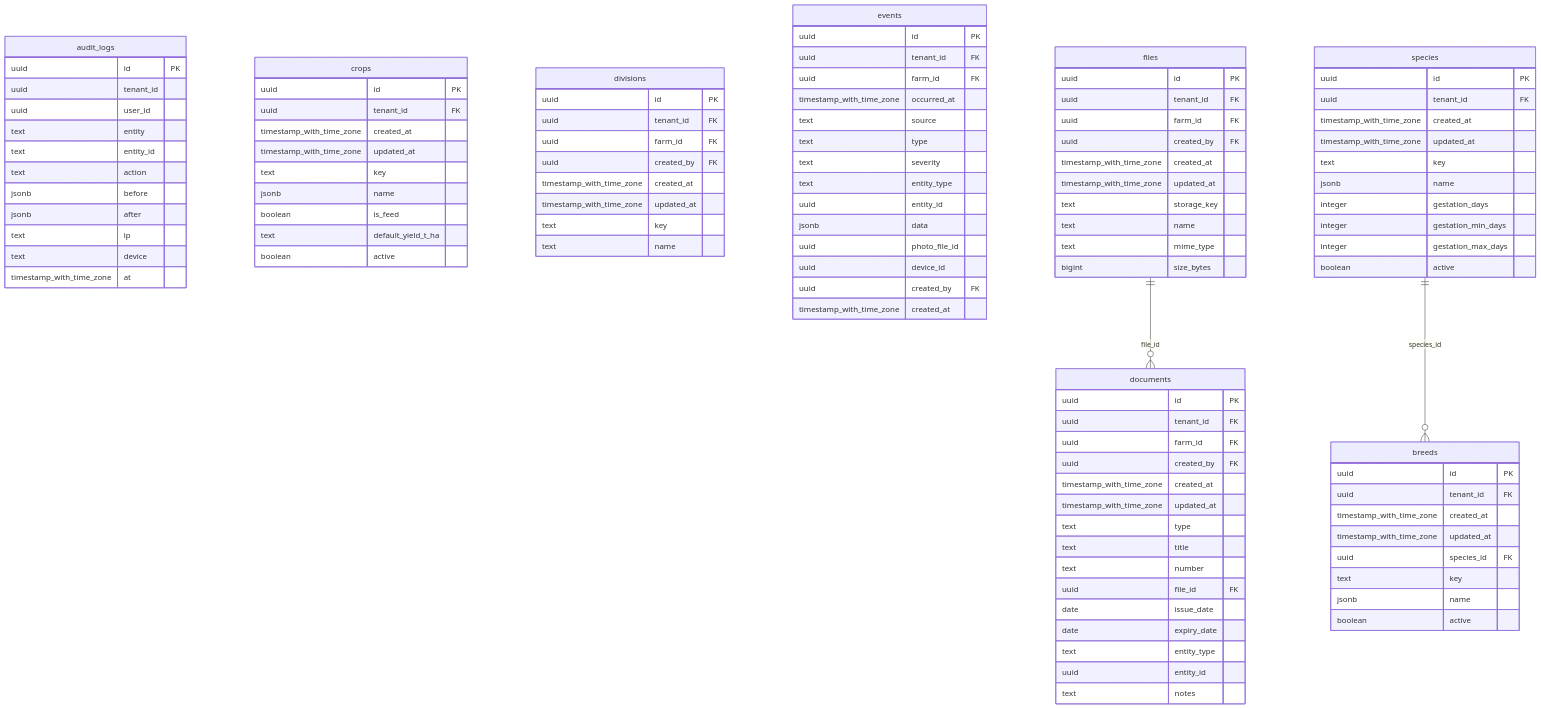
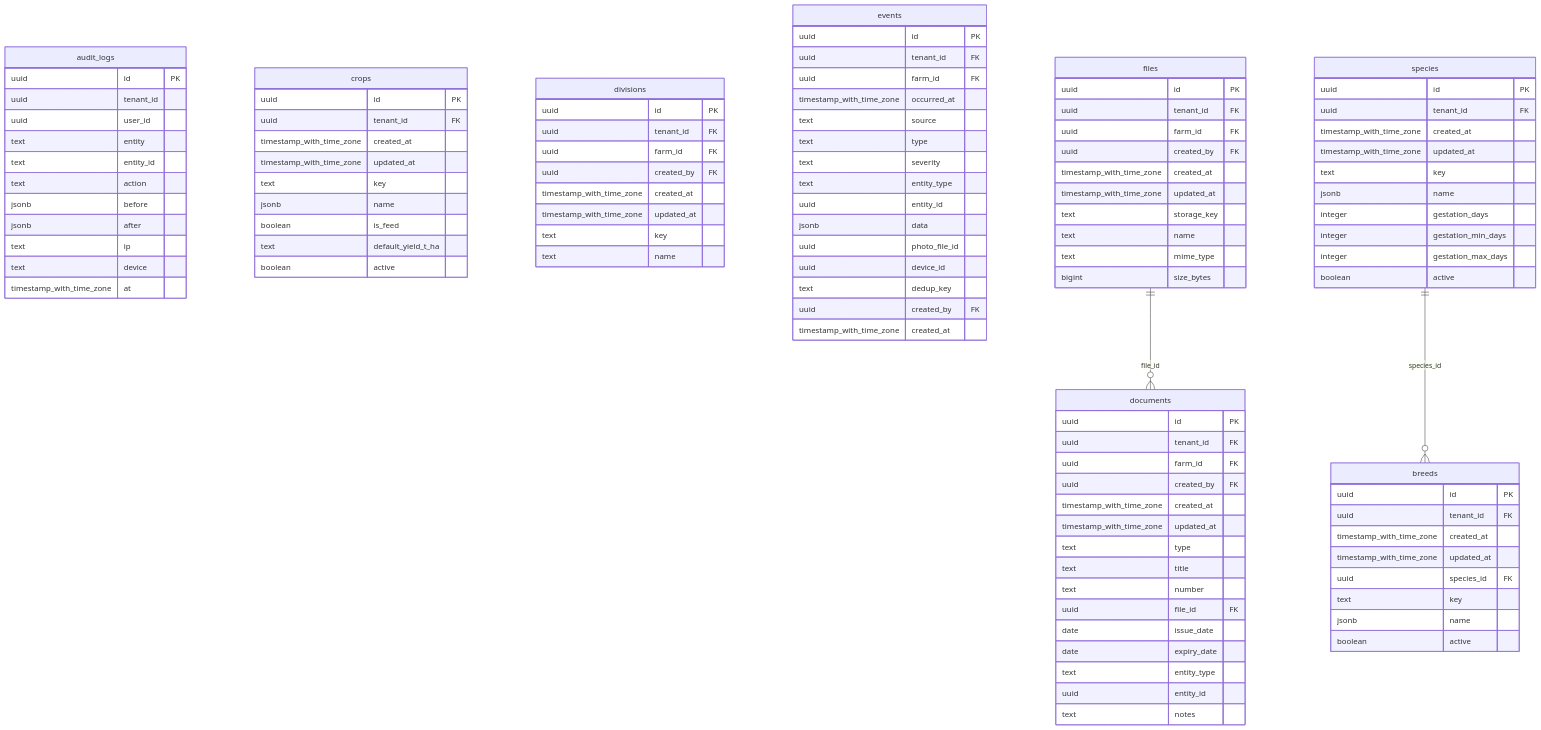
The second of 13 diagrams in docs/erd.md (khurshidnm/yuksalish-agro), drawn with Mermaid before and after one commit. The commit also changed other lines of this file and 298 other files, not shown here.

```diff
--- a/docs/erd.md
+++ b/docs/erd.md
@@ -230,6 +271,7 @@
     jsonb data
     uuid photo_file_id
     uuid device_id
+    text dedup_key
     uuid created_by FK
     timestamp_with_time_zone created_at
   }
```
